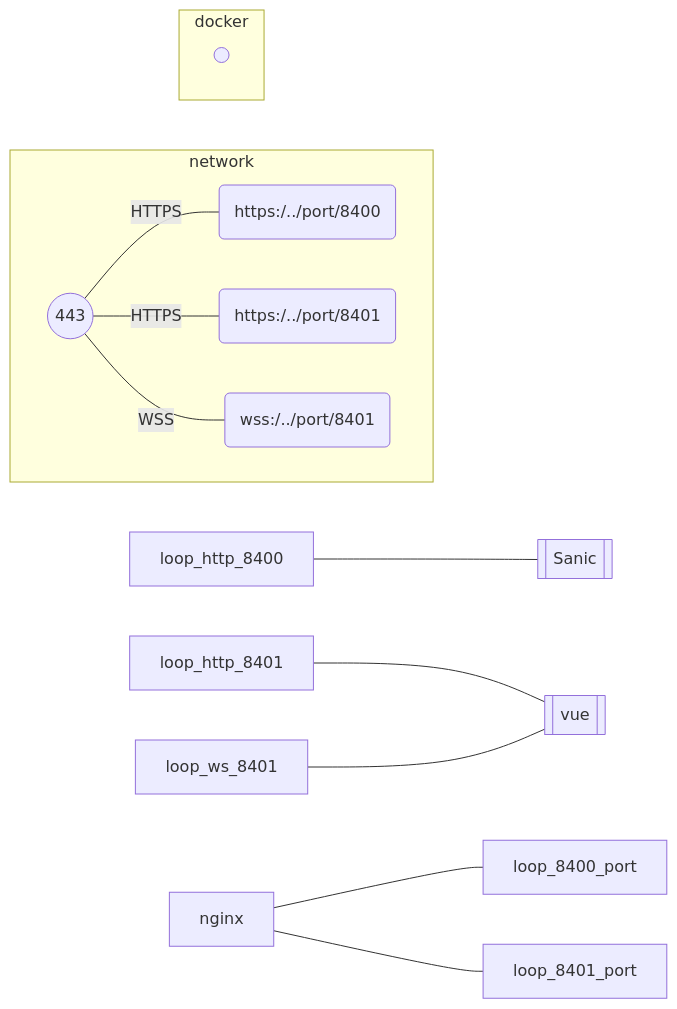
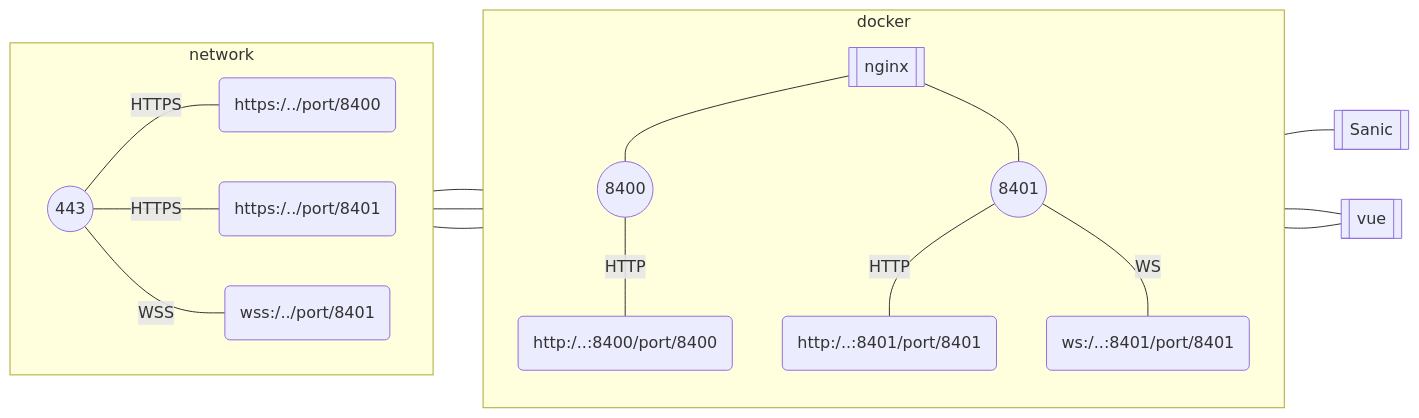
One commit to smucclaw/gsheet changed the third of 5 diagrams in natural4-server/natural4_server/nginx-proxy.md. Above: the diagram before and after it, drawn with Mermaid.

Commit message:
Return docker

````diff
--- a/natural4-server/natural4_server/nginx-proxy.md
+++ b/natural4-server/natural4_server/nginx-proxy.md
@@ -64,21 +64,28 @@
 ```mermaid
 flowchart LR
     subgraph network
         direction LR
         network_tls((  ))-- HTTPS ---network_https_8400(https:/../port/8400)
         network_tls((  ))-- HTTPS ---network_https_8401(https:/../port/8401)
         network_tls(( 443 ))-- WSS ---network_wss_8401(wss:/../port/8401)
     end
 
     subgraph docker
         direction TB
-        network_tls1((  ))
+        nginx[[nginx]]
+        network_https_8400 --- nginx
+        network_https_8401 --- nginx
+        network_wss_8401 --- nginx
+
+        loop_8400_port(( 8400 ))-- HTTP ---loop_http_8400(http:/..:8400/port/8400)
+        loop_8401_port(( 8401 ))-- HTTP ---loop_http_8401(http:/..:8401/port/8401)
+        loop_8401_port(( 8401 ))-- WS ---loop_ws_8401(ws:/..:8401/port/8401)
     end
 
     loop_http_8400---sanic[[ Sanic ]]
     loop_http_8401---vue[[ vue ]]
     loop_ws_8401---vue
     nginx---loop_8400_port
     nginx---loop_8401_port
  
 ```
````
